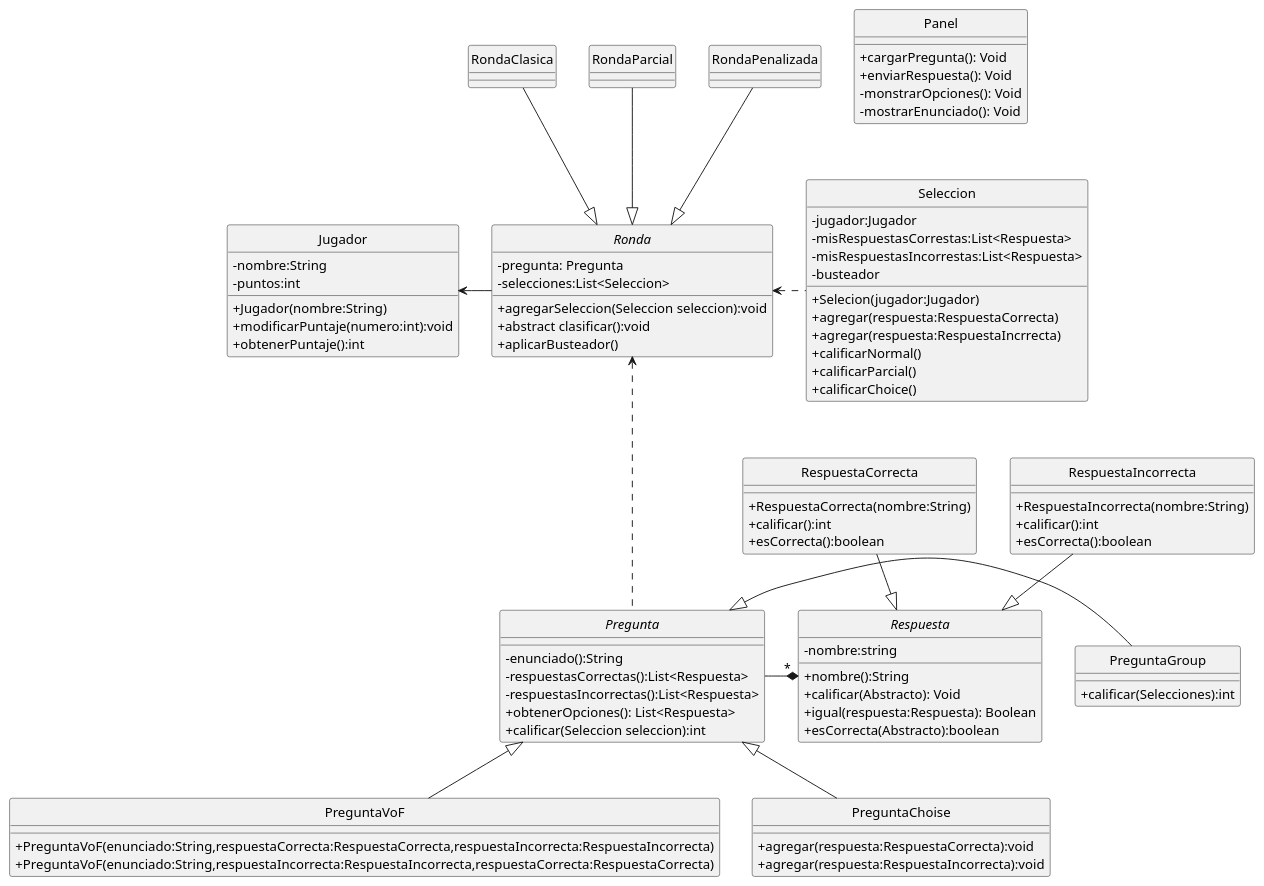
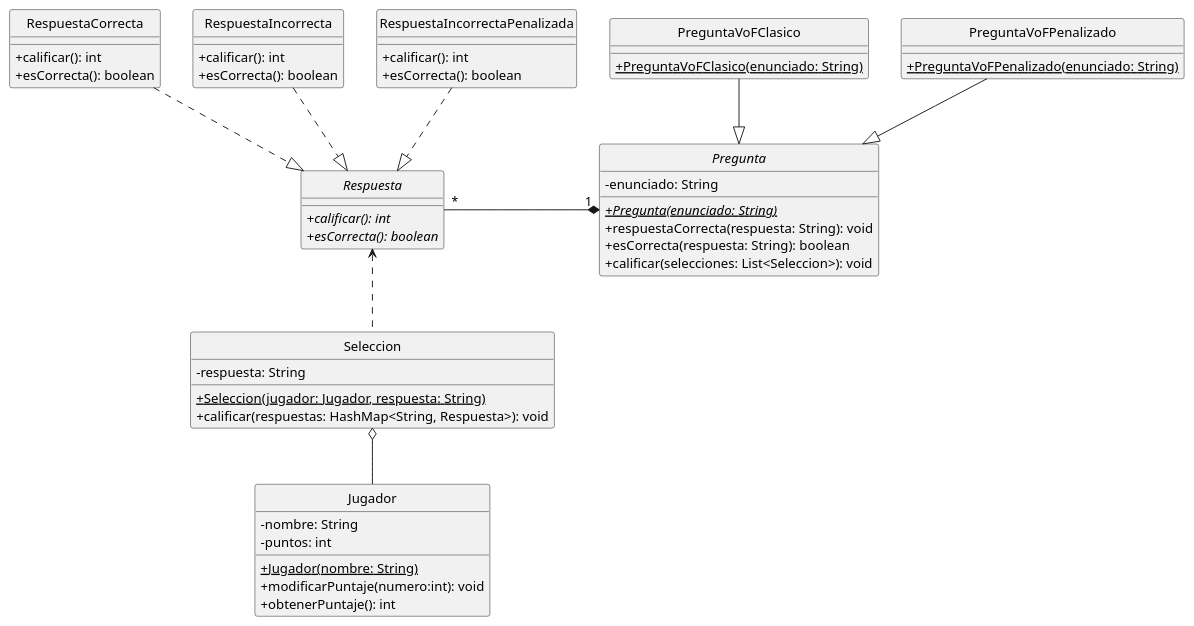
The diagram in src/main/java/edu/fiuba/algo3/modelo/diagramas/DiagramaDeClases.puml (AmayaSantos/TP2-1), drawn with PlantUML before and after one commit. The commit also changed 30 other files, not shown here.

Commit message:
PreguntaVoFPenalizado funciona correctamente

```diff
--- a/src/main/java/edu/fiuba/algo3/modelo/diagramas/DiagramaDeClases.puml
+++ b/src/main/java/edu/fiuba/algo3/modelo/diagramas/DiagramaDeClases.puml
@@ -1,107 +1,66 @@
 @startuml
 hide circle
 skinparam classAttributeIconSize 0
 
 'Clases
-class Panel{
-    +cargarPregunta(): Void
-    +enviarRespuesta(): Void
-    -monstrarOpciones(): Void
-    -mostrarEnunciado(): Void
-}
-
-
-Abstract Pregunta{
-    -enunciado():String
-    -respuestasCorrectas():List<Respuesta>
-    -respuestasIncorrectas():List<Respuesta>
-    +obtenerOpciones(): List<Respuesta>
-    +calificar(Seleccion seleccion):int
-}
-
-Abstract Respuesta{
-    -nombre:string
-    +nombre():String
-    +calificar(Abstracto): Void
-    +igual(respuesta:Respuesta): Boolean
-    +esCorrecta(Abstracto):boolean
+Interface Respuesta{
+    +{abstract}calificar(): int
+    +{abstract}esCorrecta(): boolean
 }
 
 Class RespuestaCorrecta{
-    +RespuestaCorrecta(nombre:String)
-    +calificar():int
-    +esCorrecta():boolean
+    +calificar(): int
+    +esCorrecta(): boolean
 }
 
 Class RespuestaIncorrecta{
-   +RespuestaIncorrecta(nombre:String)
-    +calificar():int
-    +esCorrecta():boolean
+    +calificar(): int
+    +esCorrecta(): boolean
 }
 
-Class PreguntaVoF{
-   +PreguntaVoF(enunciado:String,respuestaCorrecta:RespuestaCorrecta,respuestaIncorrecta:RespuestaIncorrecta)
-   +PreguntaVoF(enunciado:String,respuestaIncorrecta:RespuestaIncorrecta,respuestaCorrecta:RespuestaCorrecta)
+Class RespuestaIncorrectaPenalizada{
+    +calificar(): int
+    +esCorrecta(): boolean
 }
 
-
-
-Class PreguntaChoise{
-    +agregar(respuesta:RespuestaCorrecta):void
-    +agregar(respuesta:RespuestaIncorrecta):void
-
+Abstract Class Pregunta{
+    -enunciado: String
+    +{abstract}{static}Pregunta(enunciado: String)
+    +respuestaCorrecta(respuesta: String): void
+    +esCorrecta(respuesta: String): boolean
+    +calificar(selecciones: List<Seleccion>): void
 }
 
-
-
-
-Class PreguntaGroup{
-    +calificar(Selecciones):int
+Class PreguntaVoFClasico{
+   +{static}PreguntaVoFClasico(enunciado: String)
 }
 
-
+Class PreguntaVoFPenalizado{
+   +{static}PreguntaVoFPenalizado(enunciado: String)
+}
 
 Class Seleccion{
-    -jugador:Jugador
-    -misRespuestasCorrestas:List<Respuesta>
-    -misRespuestasIncorrestas:List<Respuesta>
-    -busteador
-    +Selecion(jugador:Jugador)
-    +agregar(respuesta:RespuestaCorrecta)
-    +agregar(respuesta:RespuestaIncrrecta)
-    +calificarNormal()
-    +calificarParcial()
-    +calificarChoice()
+    -respuesta: String
+    +{static}Seleccion(jugador: Jugador, respuesta: String)
+    +calificar(respuestas: HashMap<String, Respuesta>): void
 }
 
 Class Jugador{
-    -nombre:String
-    -puntos:int
-    +Jugador(nombre:String)
-    + modificarPuntaje(numero:int):void
-    +obtenerPuntaje():int
-}
-
-Abstract Ronda{
-   -pregunta: Pregunta
-   -selecciones:List<Seleccion>
-   +agregarSeleccion(Seleccion seleccion):void
-   +abstract clasificar():void
-   +aplicarBusteador()
+    -nombre: String
+    -puntos: int
+    +{Static}Jugador(nombre: String)
+    +modificarPuntaje(numero:int): void
+    +obtenerPuntaje(): int
 }
 
 'Relaciones
-Pregunta -right-* "*" Respuesta
-RespuestaIncorrecta -down-|> Respuesta
-RespuestaCorrecta -down-|> Respuesta
-PreguntaVoF -up-|> Pregunta
-PreguntaChoise -up-|> Pregunta
-PreguntaGroup -left-|> Pregunta
-Pregunta ..up.>Ronda
-Seleccion .left.>Ronda
-RondaClasica -down-|>Ronda
-RondaParcial -down-|>Ronda
-RondaPenalizada -down-|>Ronda
-Ronda -left-> Jugador
+RespuestaIncorrecta ..|> Respuesta
+RespuestaIncorrectaPenalizada ..|> Respuesta
+RespuestaCorrecta ..|> Respuesta
+PreguntaVoFPenalizado --|> Pregunta
+PreguntaVoFClasico --|> Pregunta
+Seleccion o-- Jugador
+Pregunta "1" *-left- "*" Respuesta
+Seleccion .up.> Respuesta
 
 @enduml
```
